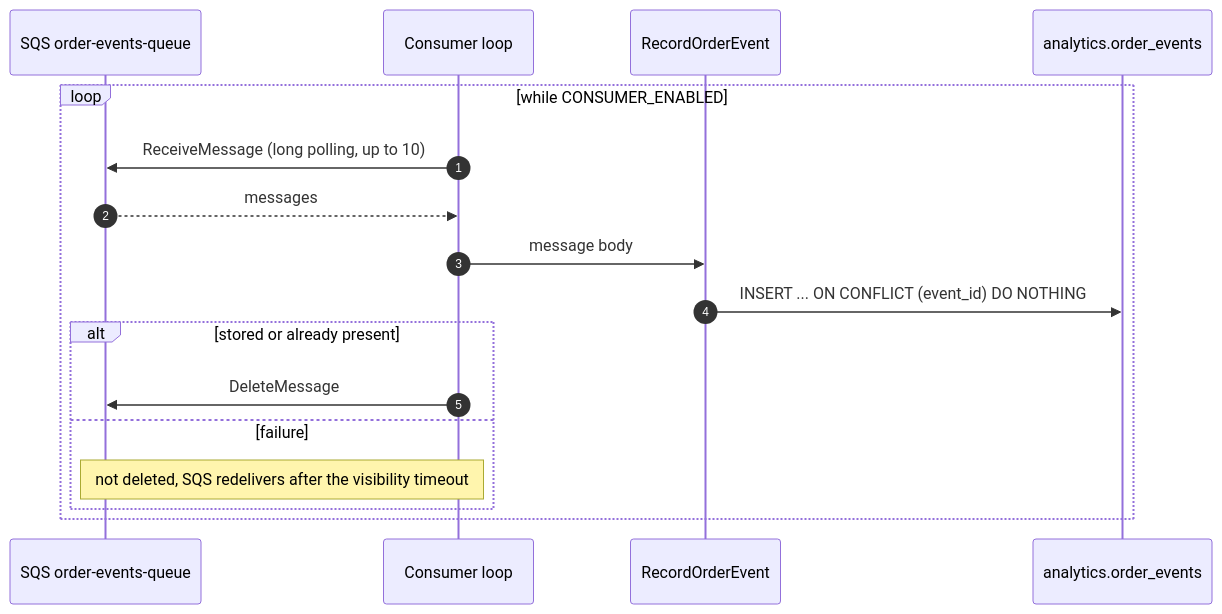
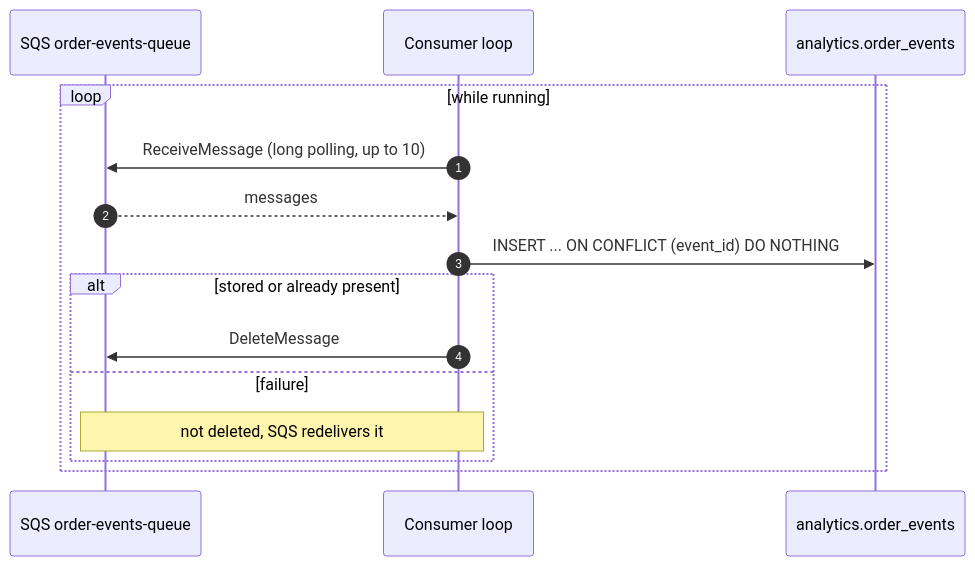
One commit to Samuel0023/cocos-challenge changed the sixth of 6 diagrams in docs/flows.md. Above: the diagram before and after it, drawn with Mermaid. The commit also changed other lines of this file and 25 other files, not shown here.

````diff
--- a/docs/flows.md
+++ b/docs/flows.md
@@ -172,19 +146,17 @@
 ```mermaid
 sequenceDiagram
   autonumber
   participant Q as SQS order-events-queue
   participant L as Consumer loop
-  participant UC as RecordOrderEvent
   participant PG as analytics.order_events
-  loop while CONSUMER_ENABLED
+  loop while running
     L->>Q: ReceiveMessage (long polling, up to 10)
     Q-->>L: messages
-    L->>UC: message body
-    UC->>PG: INSERT ... ON CONFLICT (event_id) DO NOTHING
+    L->>PG: INSERT ... ON CONFLICT (event_id) DO NOTHING
     alt stored or already present
       L->>Q: DeleteMessage
     else failure
-      Note over L,Q: not deleted, SQS redelivers after the visibility timeout
+      Note over L,Q: not deleted, SQS redelivers it
     end
   end
 ```
````
